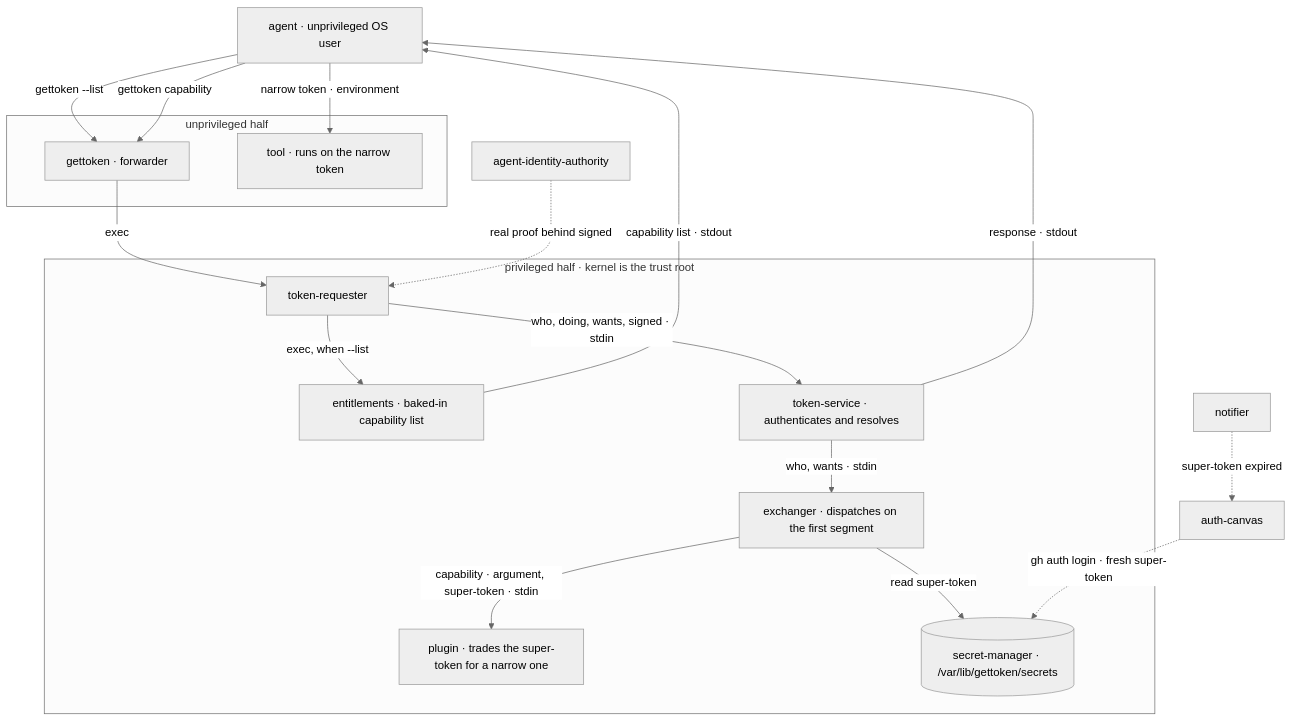
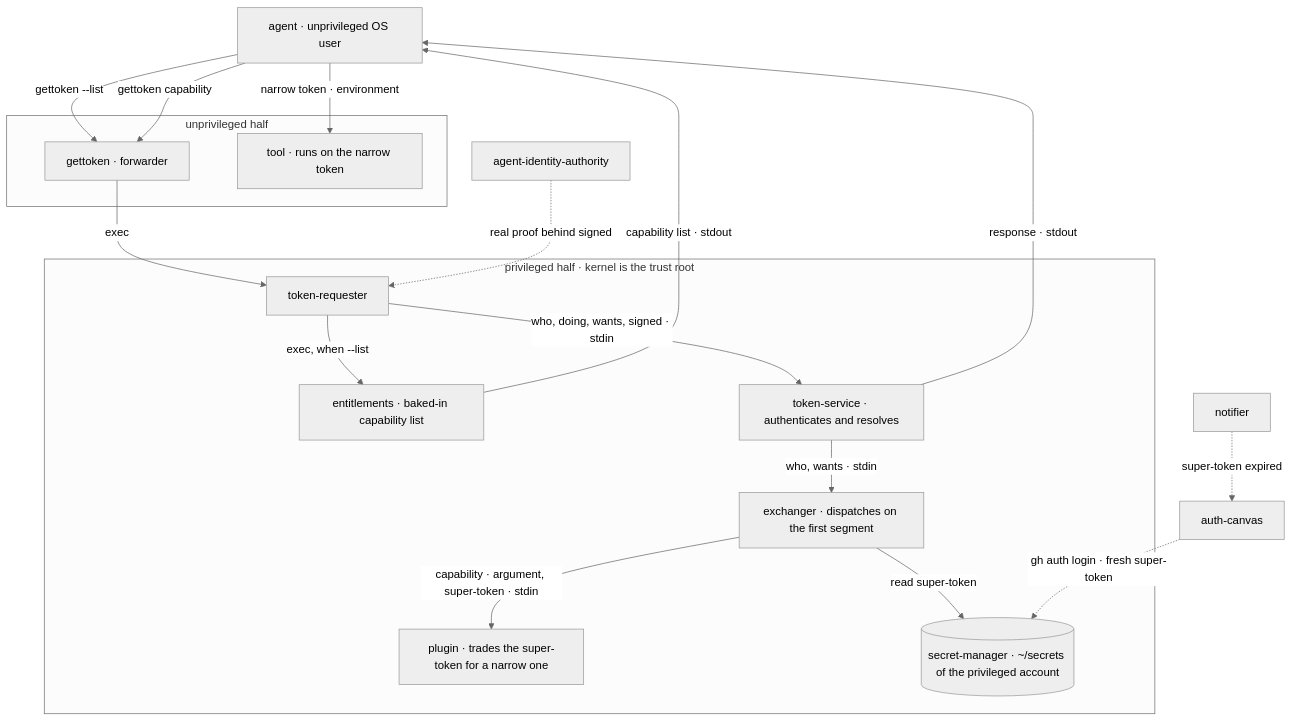
The first of 2 diagrams in README.md (thruput-io/gettoken), drawn with Mermaid (neutral theme) before and after one commit. The commit also changed 13 other files, not shown here.

First line of the commit message:
build: the store is ~/secrets of the privileged account, not a directory the environment names

````diff
--- a/README.md
+++ b/README.md
@@ -82,34 +82,34 @@
 ```mermaid
 flowchart TD
   AG["agent · unprivileged OS user"]
 
   subgraph UNPRIV["unprivileged half"]
     GT["gettoken · forwarder"]
     TL["tool · runs on the narrow token"]
   end
 
   subgraph PRIV["privileged half · kernel is the trust root"]
     TR["token-requester"]
     EN["entitlements · baked-in capability list"]
     TS["token-service · authenticates and resolves"]
     EX["exchanger · dispatches on the first segment"]
     PL["plugin · trades the super-token for a narrow one"]
-    SM[("secret-manager · /var/lib/gettoken/secrets")]
+    SM[("secret-manager · ~/secrets of the privileged account")]
   end
 
   AG -->|"gettoken --list"| GT
   AG -->|"gettoken capability"| GT
   GT -->|"exec"| TR
   TR -->|"exec, when --list"| EN
   TR -->|"who, doing, wants, signed · stdin"| TS
   TS -->|"who, wants · stdin"| EX
   EX -->|"read super-token"| SM
   EX -->|"capability · argument, super-token · stdin"| PL
   EN -->|"capability list · stdout"| AG
   TS -->|"response · stdout"| AG
   AG -->|"narrow token · environment"| TL
 
   NF["notifier"] -.->|"super-token expired"| AC["auth-canvas"]
   AC -.->|"gh auth login · fresh super-token"| SM
   AIA["agent-identity-authority"] -.->|"real proof behind signed"| TR
 ```
````
